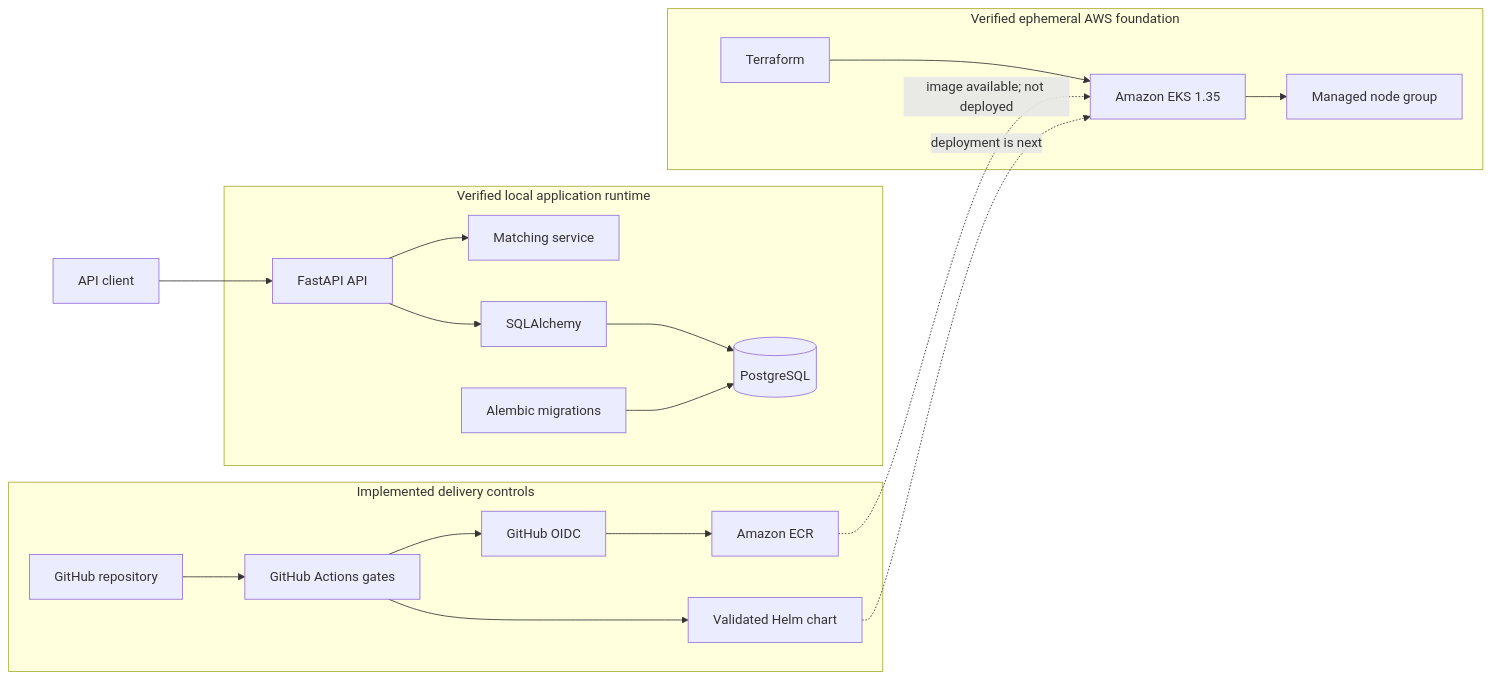
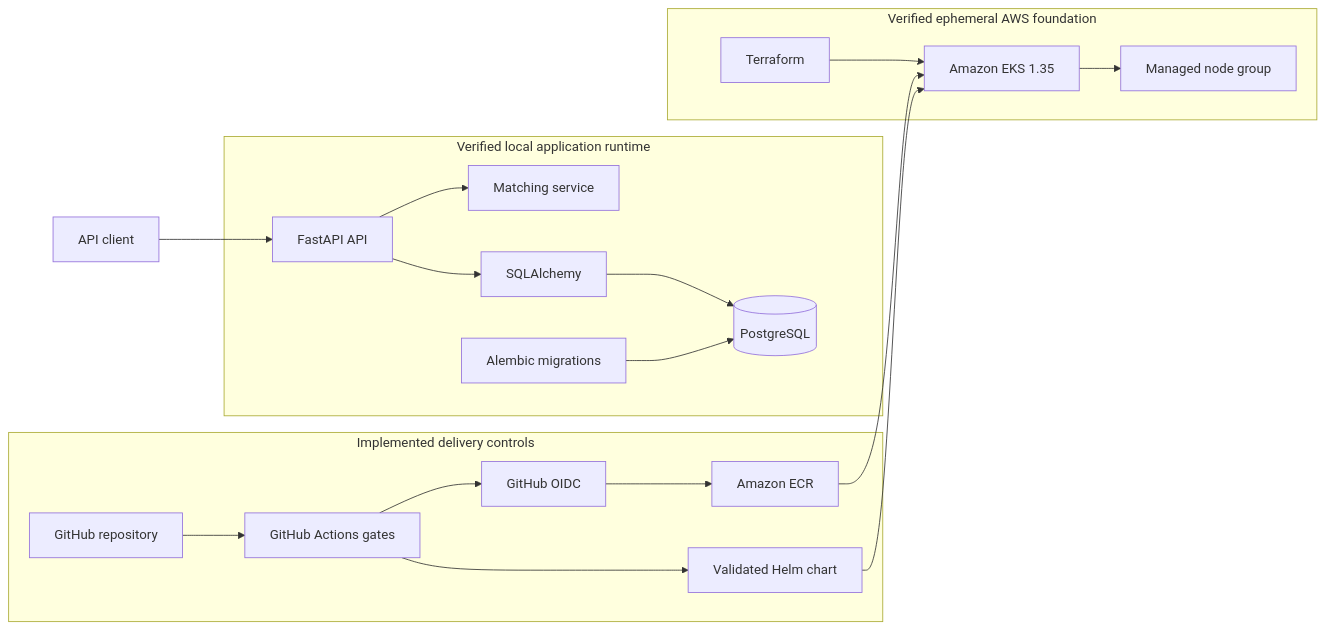
One commit to SamehYahia/ai-job-platform changed the first of 4 diagrams in README.md. Above: the diagram before and after it, drawn with Mermaid. The commit also changed other lines of this file and 16 other files, not shown here.

````diff
--- a/README.md
+++ b/README.md
@@ -59,43 +89,43 @@
 ```mermaid
 flowchart LR
     USER["API client"]
 
     subgraph LOCAL["Verified local application runtime"]
         API["FastAPI API"]
         MATCHER["Matching service"]
         ORM["SQLAlchemy"]
         DB[("PostgreSQL")]
         MIGRATIONS["Alembic migrations"]
 
         API --> MATCHER
         API --> ORM
         ORM --> DB
         MIGRATIONS --> DB
     end
 
     subgraph DELIVERY["Implemented delivery controls"]
         GH["GitHub repository"]
         CI["GitHub Actions gates"]
         OIDC["GitHub OIDC"]
         ECR["Amazon ECR"]
         HELM["Validated Helm chart"]
 
         GH --> CI
         CI --> OIDC
         OIDC --> ECR
         CI --> HELM
     end
 
     subgraph AWS["Verified ephemeral AWS foundation"]
         TF["Terraform"]
         EKS["Amazon EKS 1.35"]
         NODE["Managed node group"]
 
         TF --> EKS
         EKS --> NODE
     end
 
     USER --> API
-    ECR -. "image available; not deployed" .-> EKS
-    HELM -. "deployment is next" .-> EKS
+    ECR --> EKS
+    HELM --> EKS
 ```
````
